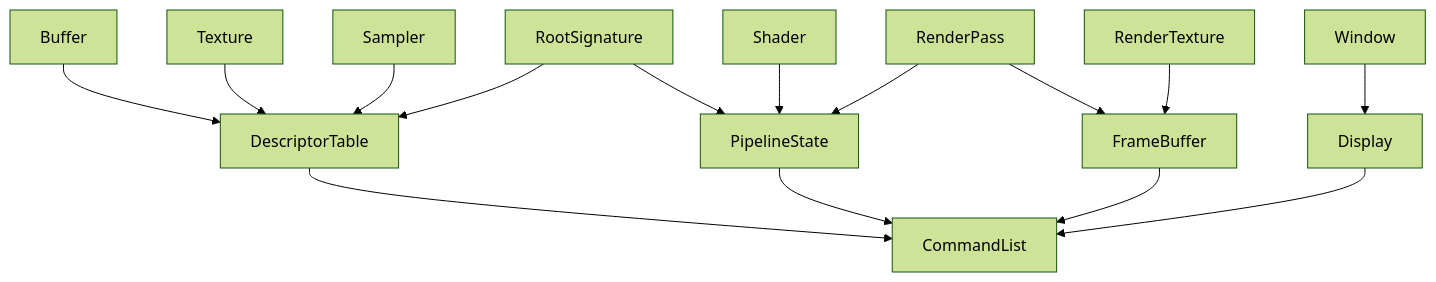
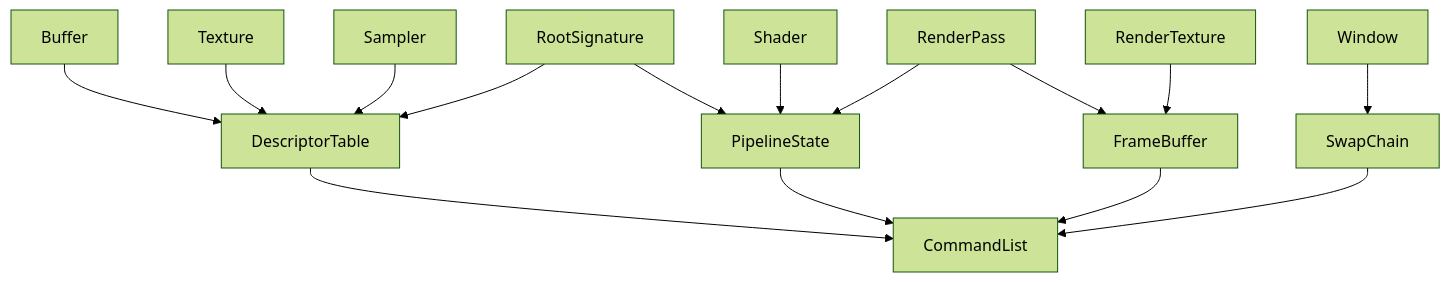
The first of 2 diagrams in Source/Framework/RHI/Misc/RHI.md (Gajumaru314159/OctbitEngine), drawn with Mermaid (forest theme) before and after one commit. The commit also changed other lines of this file and 33 other files, not shown here.

````diff
--- a/Source/Framework/RHI/Misc/RHI.md
+++ b/Source/Framework/RHI/Misc/RHI.md
@@ -11,10 +11,10 @@
 ```mermaid
 graph TD
 
     Buffer & Texture & Sampler & RootSignature --> DescriptorTable
     RootSignature & Shader & RenderPass --> PipelineState
     RenderTexture & RenderPass --> FrameBuffer
-    Window --> Display
+    Window --> SwapChain
 
-    DescriptorTable & PipelineState & FrameBuffer & Display --> CommandList
+    DescriptorTable & PipelineState & FrameBuffer & SwapChain --> CommandList
 ```
````
